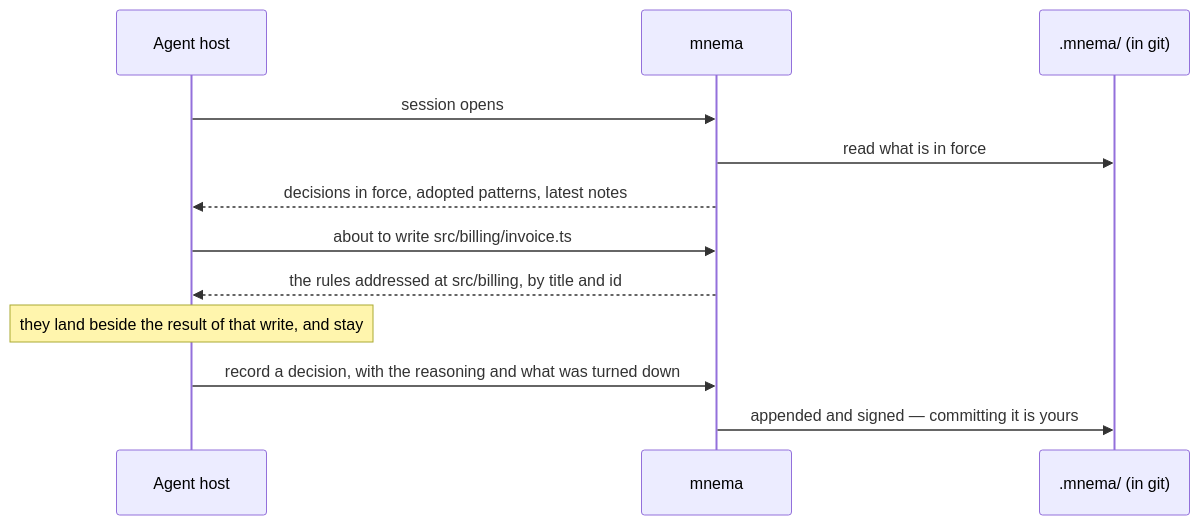
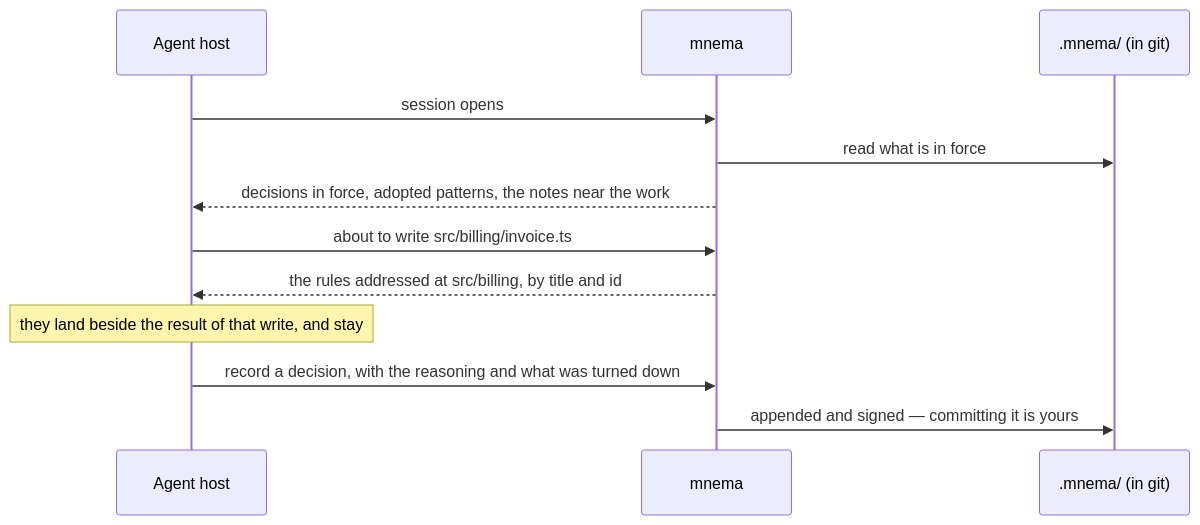
One commit to felipesauer/mnema changed the third of 3 diagrams in README.md. Above: the diagram before and after it, drawn with Mermaid. The commit also changed other lines of this file and 31 other files, not shown here.

First line of the commit message:
Hand a session the notes near what it touches, not only the newest (#667)

````diff
--- a/README.md
+++ b/README.md
@@ -113,14 +114,14 @@
 ```mermaid
 sequenceDiagram
     participant H as Agent host
     participant M as mnema
     participant R as .mnema/ (in git)
     H->>M: session opens
     M->>R: read what is in force
-    M-->>H: decisions in force, adopted patterns, latest notes
+    M-->>H: decisions in force, adopted patterns, the notes near the work
     H->>M: about to write src/billing/invoice.ts
     M-->>H: the rules addressed at src/billing, by title and id
     Note over H: they land beside the result of that write, and stay
     H->>M: record a decision, with the reasoning and what was turned down
     M->>R: appended and signed — committing it is yours
 ```
````
